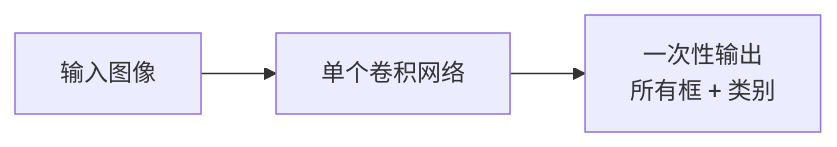
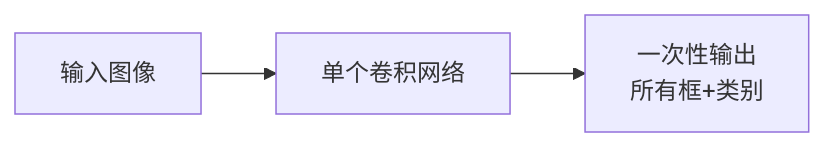
One commit to yejinlei/agent-yolo changed the second of 8 diagrams in docs/versions/v1/paper.md. Above: the diagram before and after it, drawn with Mermaid. The commit also changed other lines of this file and 3 other files, not shown here.

First line of the commit message:
全站 mermaid 文字截断修复：fontSize 14→12px + padding 12→14 + v1 长节点拆短

````diff
--- a/docs/versions/v1/paper.md
+++ b/docs/versions/v1/paper.md
@@ -31,4 +31,4 @@
 ```mermaid
 flowchart LR
-    IMG["输入图像"] --> NET["单个卷积网络"] --> OUT["一次性输出<br/>所有框 + 类别"]
+    IMG["输入图像"] --> NET["单个卷积网络"] --> OUT["一次性输出<br/>所有框+类别"]
 ```
````
